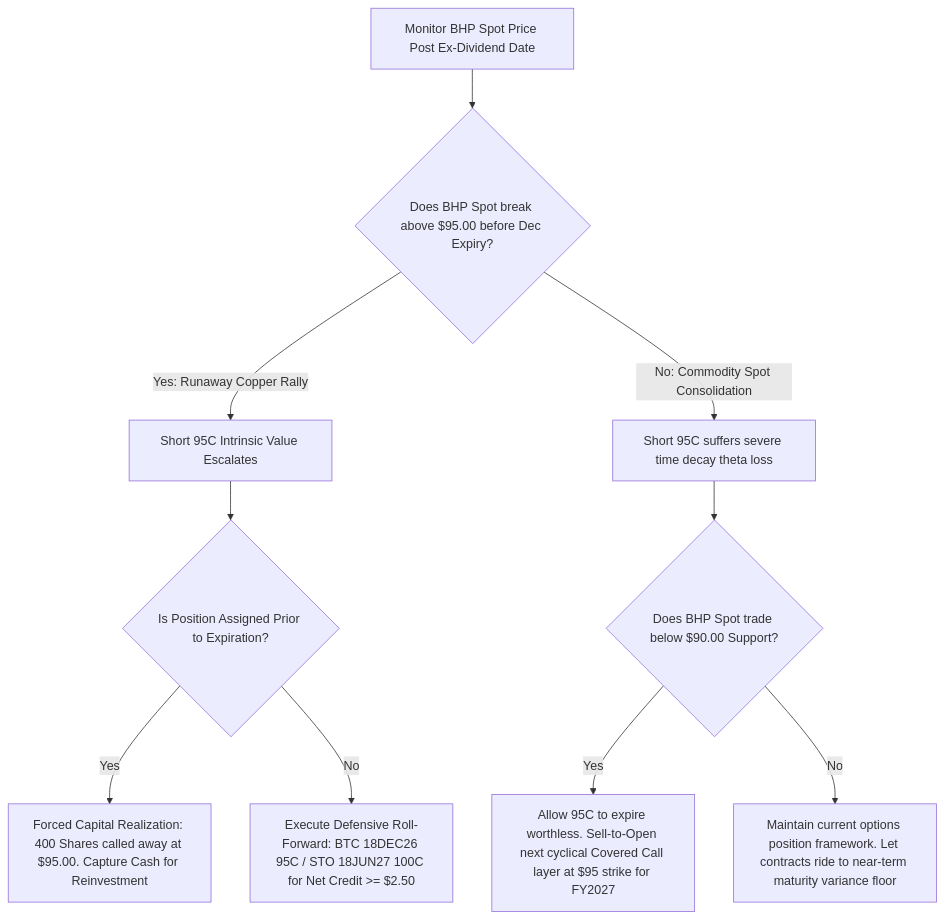
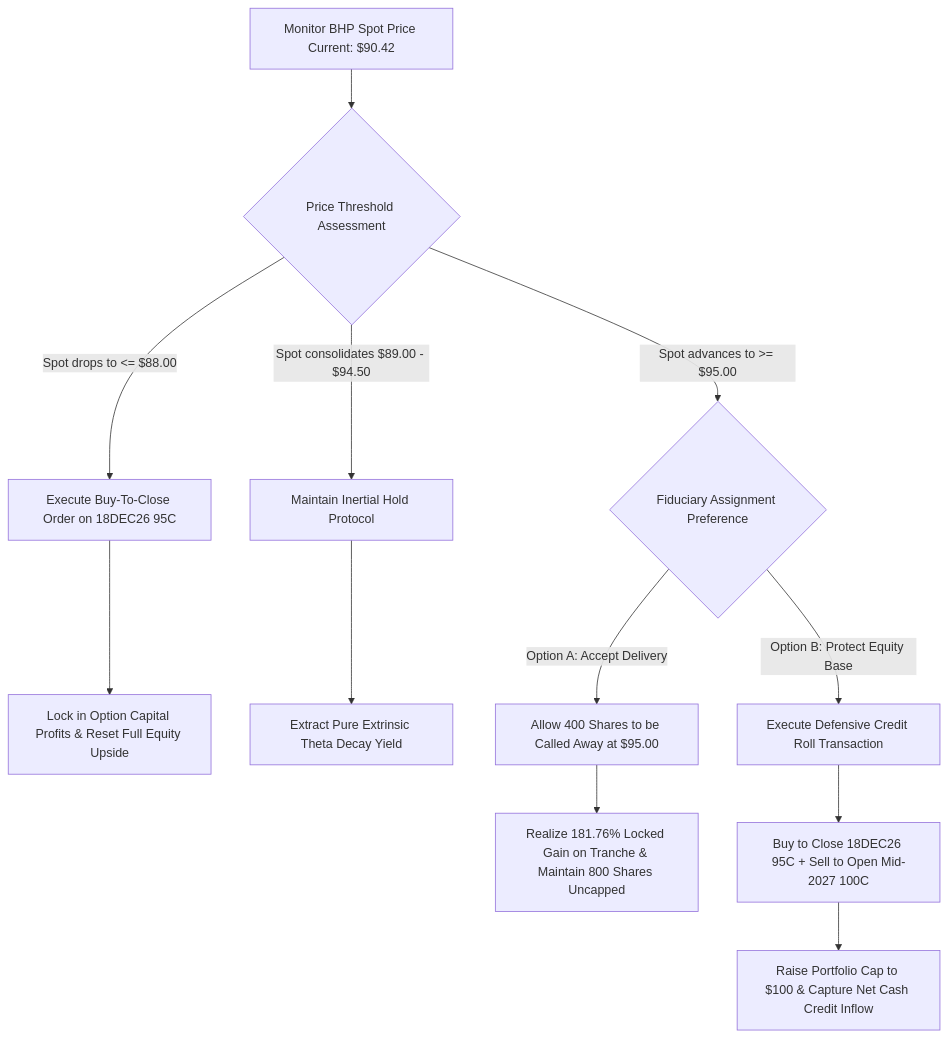
One commit to ray-oh/portal changed the diagram in docs/BHP.md. Above: the diagram before and after it, drawn with Mermaid. The commit also changed other lines of this file, not shown here.

Commit message:
[Update] Automated upload via ChatFlow - docs/BHP.md

````diff
--- a/docs/BHP.md
+++ b/docs/BHP.md
@@ -42,12 +42,14 @@
 ```mermaid
 graph TD
-A[Monitor BHP Spot Price Post Ex-Dividend Date] --> B{Does BHP Spot break above $95.00 before Dec Expiry?}
-B -- Yes: Runaway Copper Rally --> C[Short 95C Intrinsic Value Escalates]
-C --> D{Is Position Assigned Prior to Expiration?}
-D -- Yes --> E[Forced Capital Realization: 400 Shares called away at $95.00. Capture Cash for Reinvestment]
-D -- No --> F[Execute Defensive Roll-Forward: BTC 18DEC26 95C / STO 18JUN27 100C for Net Credit >= $2.50]
-B -- No: Commodity Spot Consolidation --> G[Short 95C suffers severe time decay theta loss]
-G --> H{Does BHP Spot trade below $90.00 Support?}
-H -- Yes --> I[Allow 95C to expire worthless. Sell-to-Open next cyclical Covered Call layer at $95 strike for FY2027]
-H -- No --> J[Maintain current options position framework. Let contracts ride to near-term maturity variance floor]
+A[Monitor BHP Spot Price Current: $90.42] --> B{Price Threshold Assessment}
+B -->|Spot drops to <= $88.00| C[Execute Buy-To-Close Order on 18DEC26 95C]
+C --> C1[Lock in Option Capital Profits & Reset Full Equity Upside]
+B -->|Spot consolidates $89.00 - $94.50| D[Maintain Inertial Hold Protocol]
+D --> D1[Extract Pure Extrinsic Theta Decay Yield]
+B -->|Spot advances to >= $95.00| E{Fiduciary Assignment Preference}
+E -->|Option A: Accept Delivery| F[Allow 400 Shares to be Called Away at $95.00]
+F --> F1[Realize 181.76% Locked Gain on Tranche & Maintain 800 Shares Uncapped]
+E -->|Option B: Protect Equity Base| G[Execute Defensive Credit Roll Transaction]
+G --> G1[Buy to Close 18DEC26 95C + Sell to Open Mid-2027 100C]
+G1 --> G2[Raise Portfolio Cap to $100 & Capture Net Cash Credit Inflow]
 ```
````
